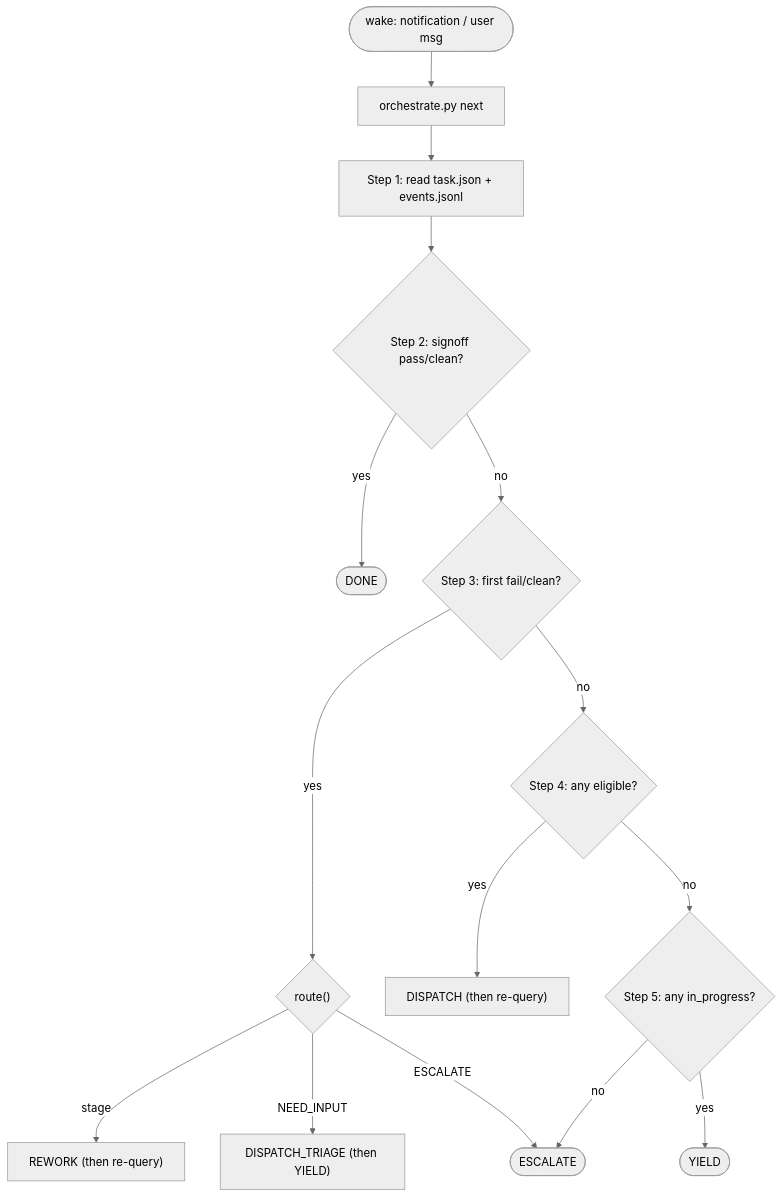
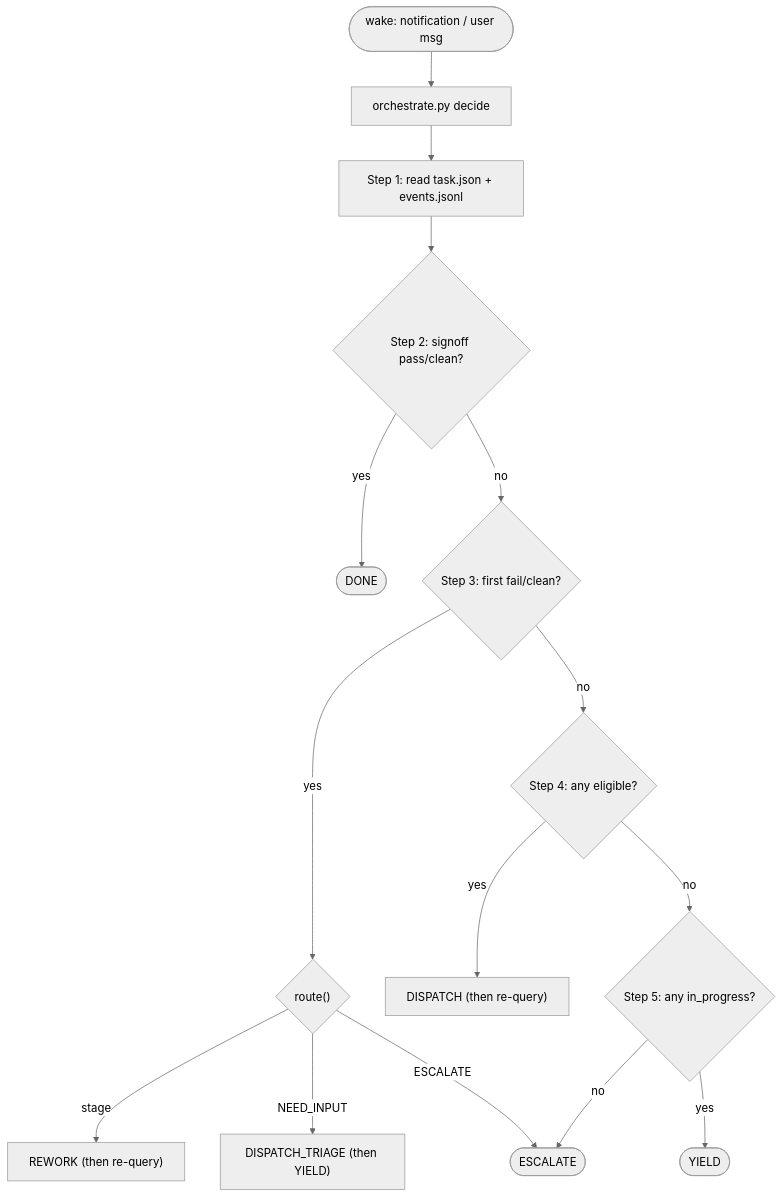
The second of 3 diagrams in ARCHITECTURE.md (chipweaver/veripower), drawn with Mermaid (neutral theme) before and after one commit. The commit also changed other lines of this file and 11 other files, not shown here.

First line of the commit message:
refactor(orchestrate): rename `next` to `decide` across command/function/role

````diff
--- a/ARCHITECTURE.md
+++ b/ARCHITECTURE.md
@@ -348,17 +348,17 @@
 ```mermaid
 flowchart TD
-    W(["wake: notification / user msg"]) --> N["orchestrate.py next"]
+    W(["wake: notification / user msg"]) --> N["orchestrate.py decide"]
     N --> S1["Step 1: read task.json + events.jsonl"]
     S1 --> S2{"Step 2: signoff pass/clean?"}
     S2 -- yes --> DONE(["DONE"])
     S2 -- no --> S3{"Step 3: first fail/clean?"}
     S3 -- yes --> RT{"route()"}
     RT -- stage --> RW["REWORK (then re-query)"]
     RT -- NEED_INPUT --> TR["DISPATCH_TRIAGE (then YIELD)"]
     RT -- ESCALATE --> ESC(["ESCALATE"])
     S3 -- no --> S4{"Step 4: any eligible?"}
     S4 -- yes --> DSP["DISPATCH (then re-query)"]
     S4 -- no --> S5{"Step 5: any in_progress?"}
     S5 -- yes --> Y(["YIELD"])
     S5 -- no --> ESC
 ```
````
